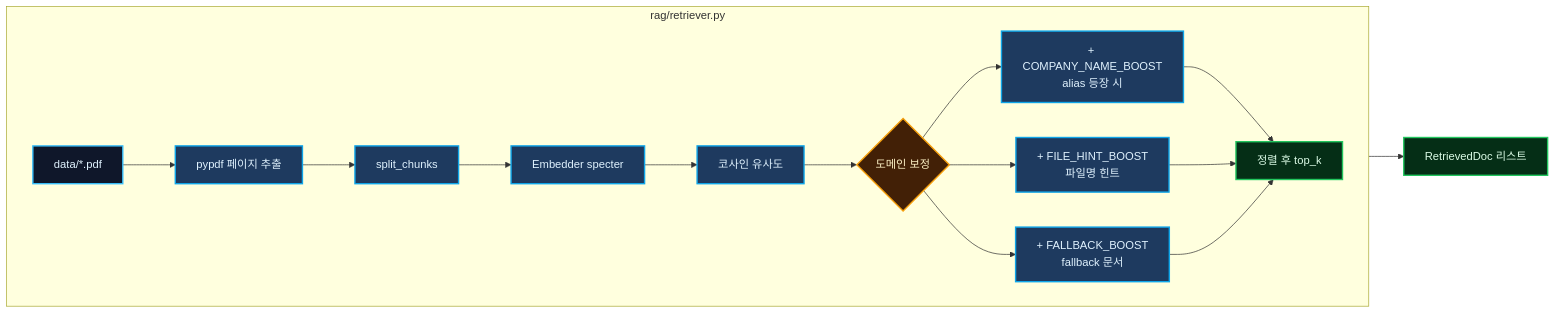
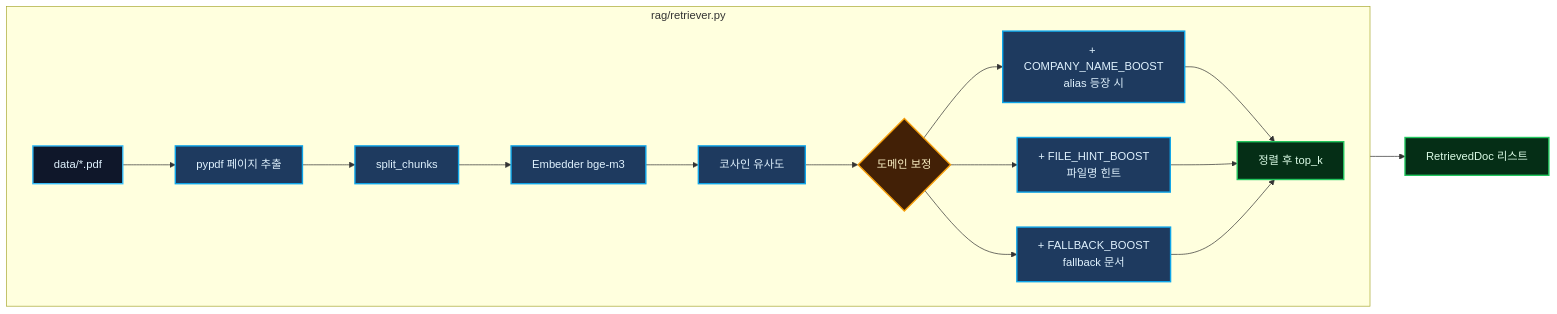
The second of 9 diagrams in README.md (SKALA-Rag-MiniProject/Semiconductor-Startup-Investment-Agent), drawn with Mermaid before and after one commit. The commit also changed other lines of this file, not shown here.

````diff
--- a/README.md
+++ b/README.md
@@ -190,28 +190,28 @@
 ```mermaid
 flowchart LR
     subgraph retriever["rag/retriever.py"]
         direction LR
         A[data/*.pdf] --> B[pypdf 페이지 추출]
-        B --> C[split_chunks]
-        C --> D[Embedder specter]
+        B -->         C[split_chunks]
+        C --> D[Embedder bge-m3]
         D --> E[코사인 유사도]
         E --> F{도메인 보정}
         F --> G["+ COMPANY_NAME_BOOST<br/>alias 등장 시"]
         F --> H["+ FILE_HINT_BOOST<br/>파일명 힌트"]
         F --> I["+ FALLBACK_BOOST<br/>fallback 문서"]
         G --> J[정렬 후 top_k]
         H --> J
         I --> J
     end
     J --> K[RetrievedDoc 리스트]
 
     classDef input fill:#0f172a,stroke:#38bdf8,color:#e0f2fe,stroke-width:2px;
     classDef process fill:#1e3a5f,stroke:#0ea5e9,color:#e0f2fe,stroke-width:2px;
     classDef decision fill:#422006,stroke:#f59e0b,color:#fef3c7,stroke-width:2px;
     classDef output fill:#052e16,stroke:#22c55e,color:#dcfce7,stroke-width:2px;
     class A input;
     class B,C,D,E process;
     class F decision;
     class G,H,I process;
     class J,K output;
 ```
````
